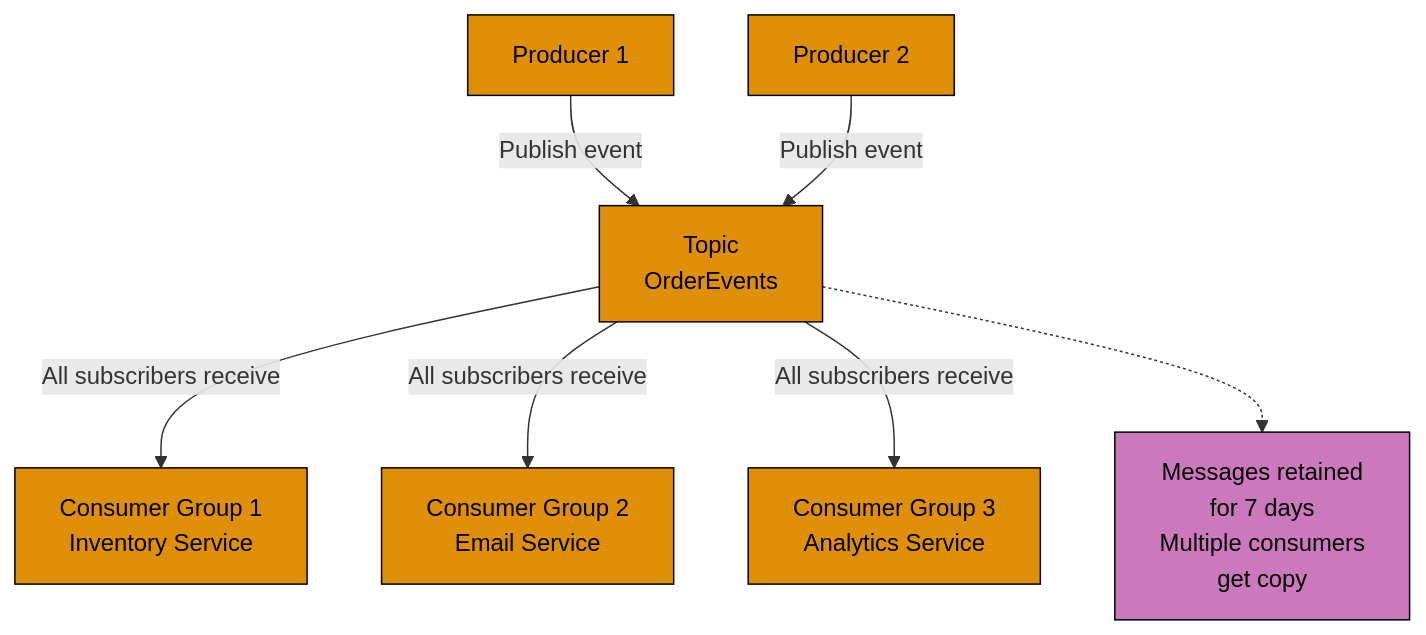
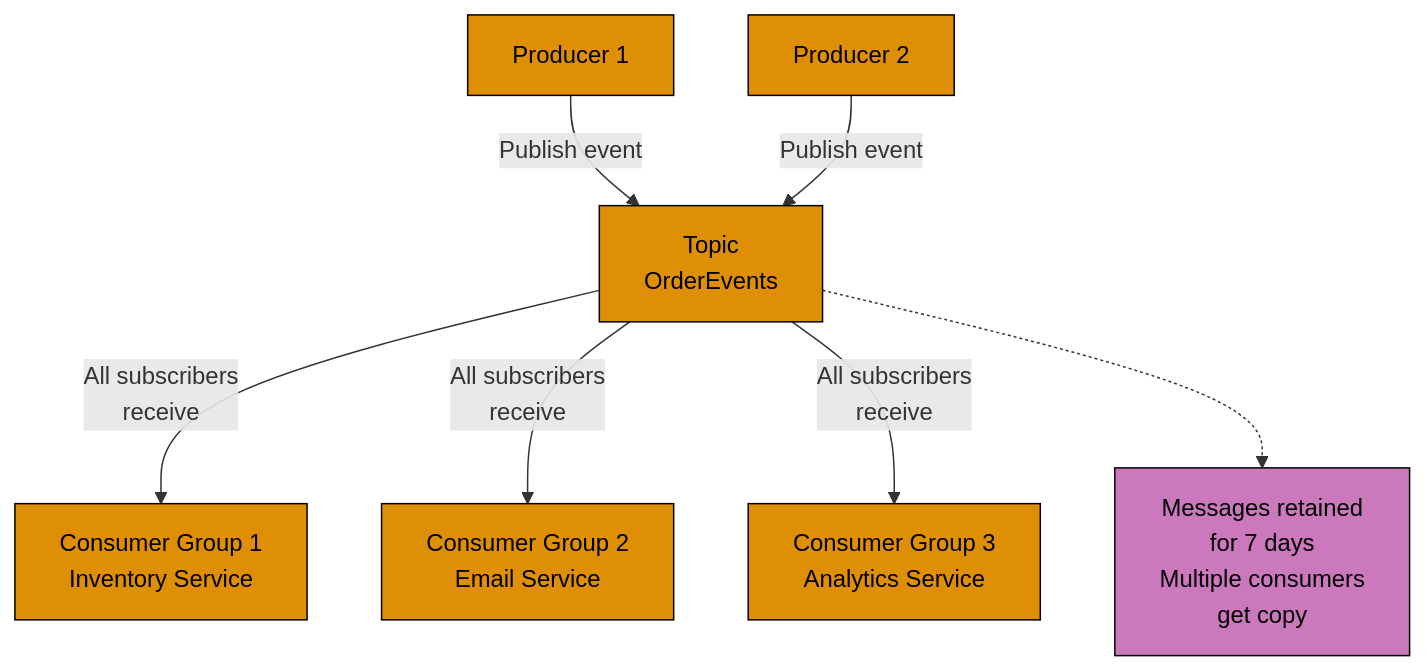
Before and after one commit to wahidyankf/ose-public: the second of 3 diagrams in repo-governance/conventions/tutorials/in-the-field/guide-structure-part4-messaging-flow.md, drawn with Mermaid. The commit also changed other lines of this file and 220 other files, not shown here.

First line of the commit message:
docs: split mermaid labels to 20 graphemes and add palette defaults

````diff
--- a/repo-governance/conventions/tutorials/in-the-field/guide-structure-part4-messaging-flow.md
+++ b/repo-governance/conventions/tutorials/in-the-field/guide-structure-part4-messaging-flow.md
@@ -31,19 +32,20 @@
 ```mermaid
 %% Color Palette: Blue #0173B2, Orange #DE8F05, Teal #029E73, Purple #CC78BC
 graph TD
     accTitle: Guide Structure Part 4: Messaging Flow Diagrams (2)
     accDescr: Producer 1 leads to Topic OrderEvents via Publish event; Producer 2 leads to Topic OrderEvents via Publish event; Topic OrderEvents leads to Consumer Group 1 Inventory Service via All subscribers receive; and 3 more links.
     B1[Producer 1] -->|Publish event| B2[Topic<br/>OrderEvents]
     B3[Producer 2] -->|Publish event| B2
-    B2 -->|All subscribers receive| B4[Consumer Group 1<br/>Inventory Service]
-    B2 -->|All subscribers receive| B5[Consumer Group 2<br/>Email Service]
-    B2 -->|All subscribers receive| B6[Consumer Group 3<br/>Analytics Service]
+    B2 -->|All subscribers<br/>receive| B4[Consumer Group 1<br/>Inventory Service]
+    B2 -->|All subscribers<br/>receive| B5[Consumer Group 2<br/>Email Service]
+    B2 -->|All subscribers<br/>receive| B6[Consumer Group 3<br/>Analytics Service]
 
     note1[Messages retained<br/>for 7 days<br/>Multiple consumers<br/>get copy]
     B2 -.-> note1
 
     classDef orange fill:#DE8F05,stroke:#000000,color:#000000
     classDef purple fill:#CC78BC,stroke:#000000,color:#000000
     class B1,B2,B3,B4,B5,B6 orange
     class note1 purple
+    classDef default fill:#0173B2,stroke:#000000,color:#FFFFFF
 ```
````
